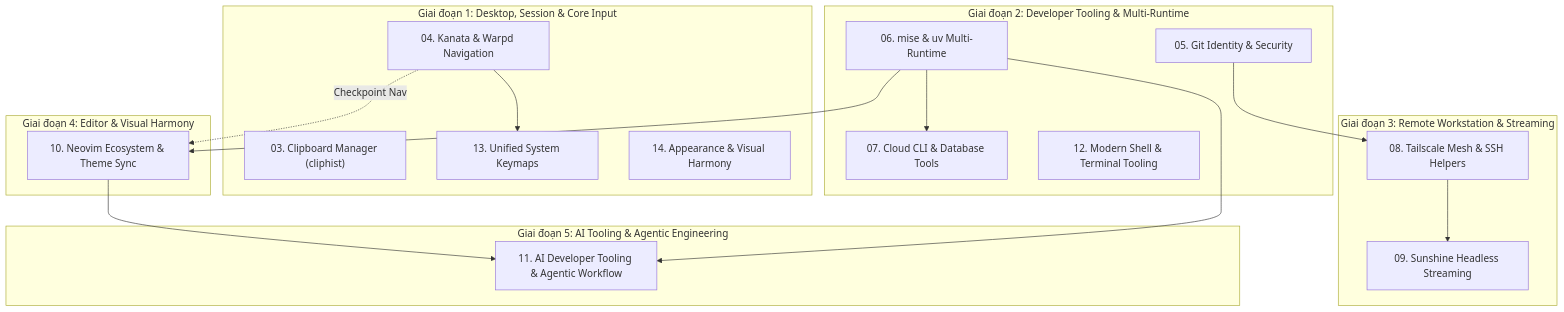
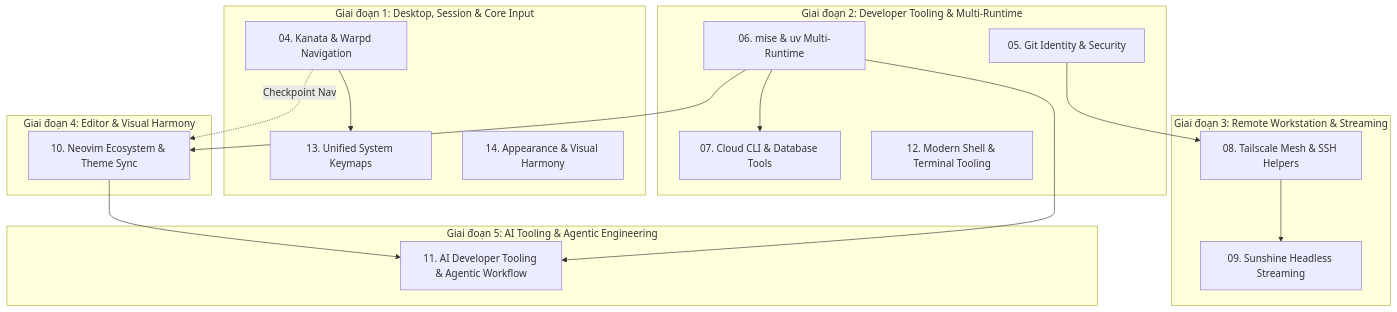
The diagram in plans/README.md (Aethries/dotfiles), drawn with Mermaid before and after one commit. The commit also changed other lines of this file and 10 other files, not shown here.

Commit message:
feat: complete plan 03 clipboard manager with cliphist and Super+V keybind

````diff
--- a/plans/README.md
+++ b/plans/README.md
@@ -9,31 +9,30 @@
 ```mermaid
 flowchart TD
     subgraph G1["Giai đoạn 1: Desktop, Session & Core Input"]
-        P03["03. Clipboard Manager (cliphist)"]
         P04["04. Kanata & Warpd Navigation"]
         P04 --> P13["13. Unified System Keymaps"]
         P14["14. Appearance & Visual Harmony"]
     end
 
     subgraph G2["Giai đoạn 2: Developer Tooling & Multi-Runtime"]
         P05["05. Git Identity & Security"]
         P06["06. mise & uv Multi-Runtime"]
         P06 --> P07["07. Cloud CLI & Database Tools"]
         P12["12. Modern Shell & Terminal Tooling"]
     end
 
     subgraph G3["Giai đoạn 3: Remote Workstation & Streaming"]
         P05 --> P08["08. Tailscale Mesh & SSH Helpers"]
         P08 --> P09["09. Sunshine Headless Streaming"]
     end
 
     subgraph G4["Giai đoạn 4: Editor & Visual Harmony"]
         P06 --> P10["10. Neovim Ecosystem & Theme Sync"]
         P04 -. Checkpoint Nav .-> P10
     end
 
     subgraph G5["Giai đoạn 5: AI Tooling & Agentic Engineering"]
         P06 --> P11["11. AI Developer Tooling & Agentic Workflow"]
         P10 --> P11
     end
 ```
````
